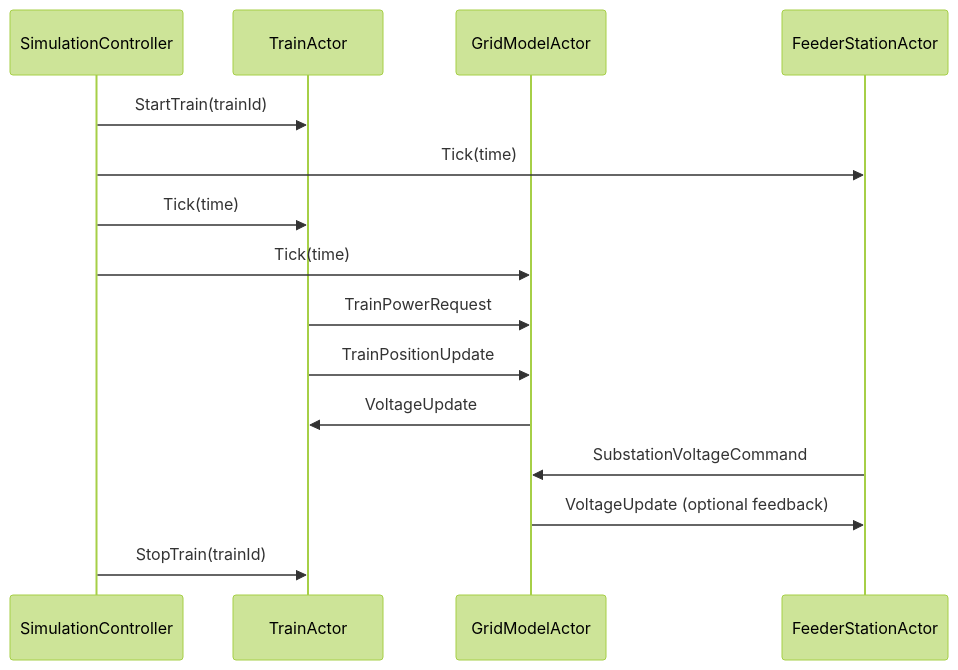
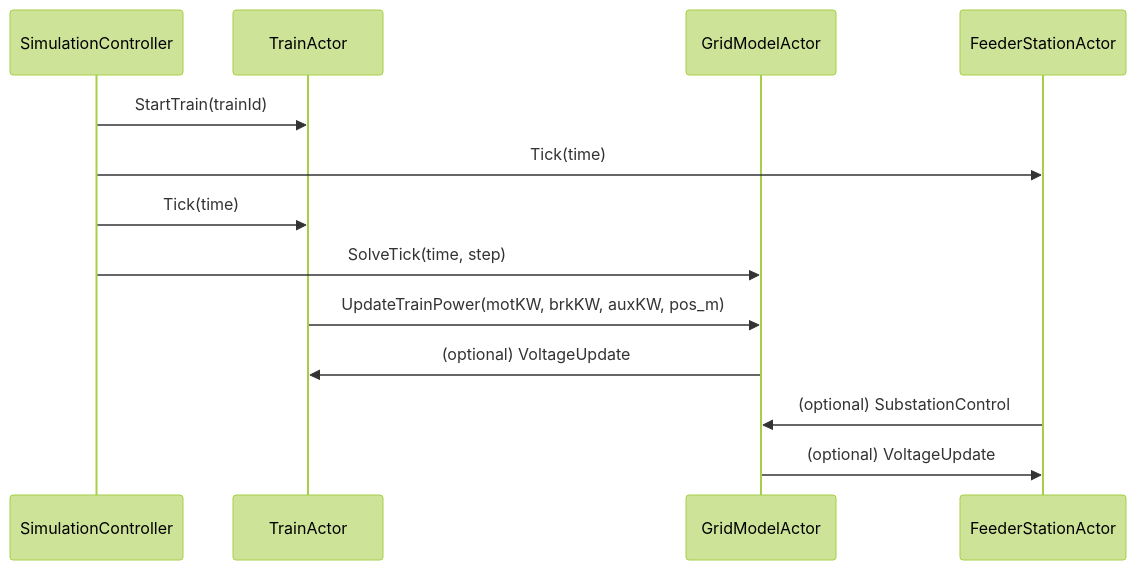
One commit to mariolagos/dc-simulator changed the first of 2 diagrams in doc/README_utv.md. Above: the diagram before and after it, drawn with Mermaid (forest theme). The commit also changed other lines of this file and 2 other files, not shown here.

````diff
--- a/doc/README_utv.md
+++ b/doc/README_utv.md
@@ -30,21 +21,18 @@
 ```mermaid
 sequenceDiagram
     participant SC as SimulationController
     participant Train as TrainActor
     participant Grid as GridModelActor
     participant Feeder as FeederStationActor
 
     SC->>Train: StartTrain(trainId)
     SC->>Feeder: Tick(time)
     SC->>Train: Tick(time)
-    SC->>Grid: Tick(time)
+    SC->>Grid: SolveTick(time, step)
 
-    Train->>Grid: TrainPowerRequest
-    Train->>Grid: TrainPositionUpdate
-    Grid->>Train: VoltageUpdate
+    Train->>Grid: UpdateTrainPower(motKW, brkKW, auxKW, pos_m)
+    Grid->>Train: (optional) VoltageUpdate
 
-    Feeder->>Grid: SubstationVoltageCommand
-    Grid->>Feeder: VoltageUpdate (optional feedback)
-
-    SC->>Train: StopTrain(trainId)
+    Feeder->>Grid: (optional) SubstationControl
+    Grid->>Feeder: (optional) VoltageUpdate
 ```
````
